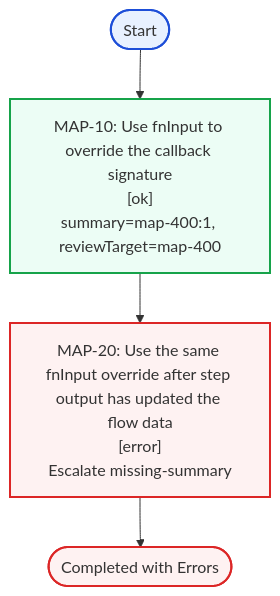
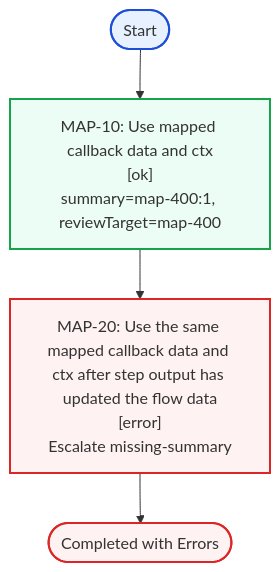
The tenth of 12 diagrams in README.md (mikko-apo/structured-flow), drawn with Mermaid before and after one commit. The commit also changed other lines of this file and 10 other files, not shown here.

````diff
--- a/README.md
+++ b/README.md
@@ -1572,24 +1577,24 @@
 ```mermaid
 flowchart TD
   start([Start])
-  step_0["MAP-10: Use fnInput to override the callback signature
+  step_0["MAP-10: Use mapped callback data and ctx
 [ok]
 summary=map-400:1, reviewTarget=map-400"]
   step_0 --> step_1
-  step_1["MAP-20: Use the same fnInput override after step output has updated the flow data
+  step_1["MAP-20: Use the same mapped callback data and ctx after step output has updated the flow data
 [error]
 Escalate missing-summary"]
   step_1 --> done
   done([Completed with Errors])
   start --> step_0
   classDef executed fill:#e8f1ff,stroke:#1d4ed8,stroke-width:2px
   classDef success fill:#ecfdf5,stroke:#16a34a,stroke-width:2px
   classDef complete fill:#f0fdf4,stroke:#15803d,stroke-width:2px
   classDef failure fill:#fef2f2,stroke:#dc2626,stroke-width:2px
   classDef neutral fill:#f8fafc,stroke:#94a3b8,stroke-dasharray: 4 2
   classDef join fill:#f8fafc,stroke:#94a3b8,stroke-width:1px,color:#475569
   class step_0 success
   class step_1 failure
   class start executed
   class done failure
 ```
````
